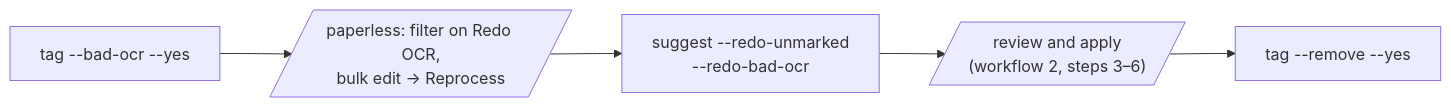
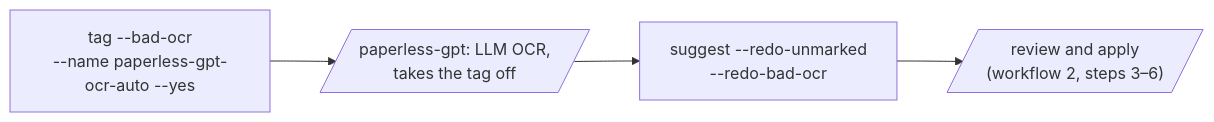
Before and after one commit to qnimbus/home-lab: the fourth of 7 diagrams in kubernetes/apps/default/paperless/tools/README.md, drawn with Mermaid. The commit also changed other lines of this file, not shown here.

Commit message:
docs(paperless): redo bad OCR through paperless-gpt, never Reprocess

````diff
--- a/kubernetes/apps/default/paperless/tools/README.md
+++ b/kubernetes/apps/default/paperless/tools/README.md
@@ -96,7 +96,6 @@
 ```mermaid
 flowchart LR
-  tag["tag --bad-ocr --yes"] --> rep[/"paperless: filter on Redo OCR,<br/>bulk edit → Reprocess"/]
-  rep --> sug["suggest --redo-unmarked<br/>--redo-bad-ocr"]
+  tag["tag --bad-ocr<br/>--name paperless-gpt-ocr-auto --yes"] --> gpt[/"paperless-gpt: LLM OCR,<br/>takes the tag off"/]
+  gpt --> sug["suggest --redo-unmarked<br/>--redo-bad-ocr"]
   sug --> apply[/"review and apply<br/>(workflow 2, steps 3–6)"/]
-  apply --> rm["tag --remove --yes"]
 ```
````
